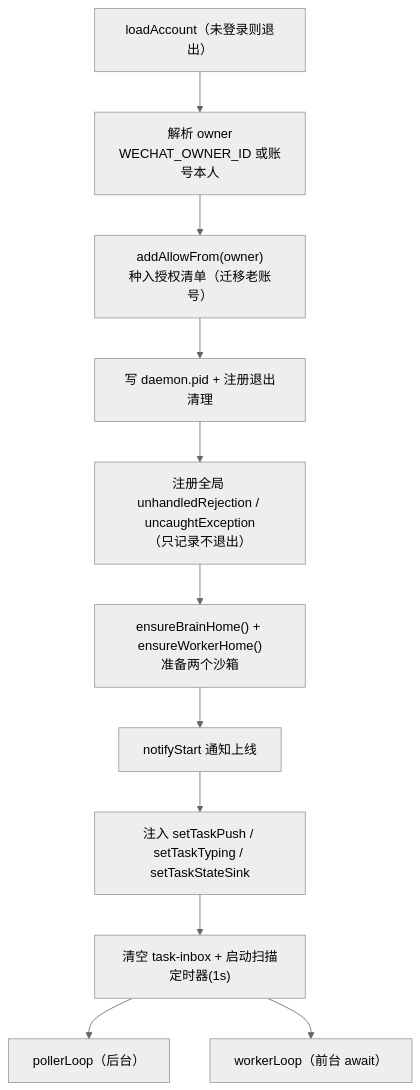
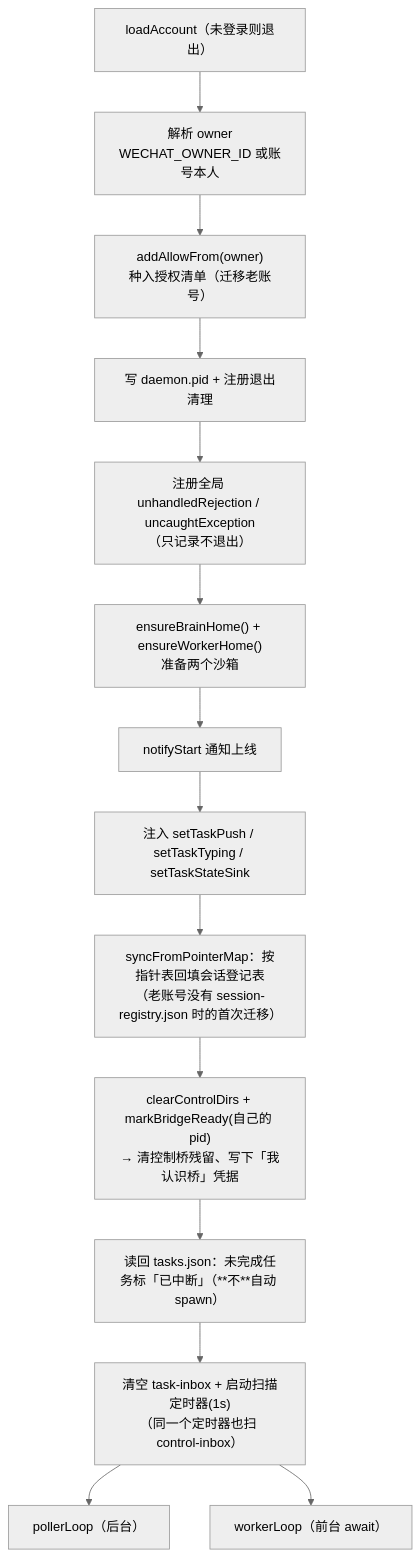
The first of 4 diagrams in docs/repowiki/05-守护进程-Daemon.md (imwangpan/WeMind), drawn with Mermaid (neutral theme) before and after one commit. The commit also changed other lines of this file and 61 other files, not shown here.

````diff
--- a/docs/repowiki/05-守护进程-Daemon.md
+++ b/docs/repowiki/05-守护进程-Daemon.md
@@ -27,13 +37,16 @@
 ```mermaid
 graph TD
     A["loadAccount（未登录则退出）"] --> B["解析 owner<br/>WECHAT_OWNER_ID 或账号本人"]
     B --> C["addAllowFrom(owner)<br/>种入授权清单（迁移老账号）"]
     C --> D["写 daemon.pid + 注册退出清理"]
     D --> E["注册全局 unhandledRejection / uncaughtException<br/>（只记录不退出）"]
     E --> F["ensureBrainHome() + ensureWorkerHome()<br/>准备两个沙箱"]
     F --> G["notifyStart 通知上线"]
     G --> H["注入 setTaskPush / setTaskTyping / setTaskStateSink"]
-    H --> I["清空 task-inbox + 启动扫描定时器(1s)"]
-    I --> J["pollerLoop（后台）"]
-    I --> K["workerLoop（前台 await）"]
+    H --> I["syncFromPointerMap：按指针表回填会话登记表<br/>（老账号没有 session-registry.json 时的首次迁移）"]
+    I --> J["clearControlDirs + markBridgeReady(自己的 pid)<br/>→ 清控制桥残留、写下「我认识桥」凭据"]
+    J --> K["读回 tasks.json：未完成任务标「已中断」（**不**自动 spawn）"]
+    K --> L["清空 task-inbox + 启动扫描定时器(1s)<br/>（同一个定时器也扫 control-inbox）"]
+    L --> M["pollerLoop（后台）"]
+    L --> N["workerLoop（前台 await）"]
 ```
````
